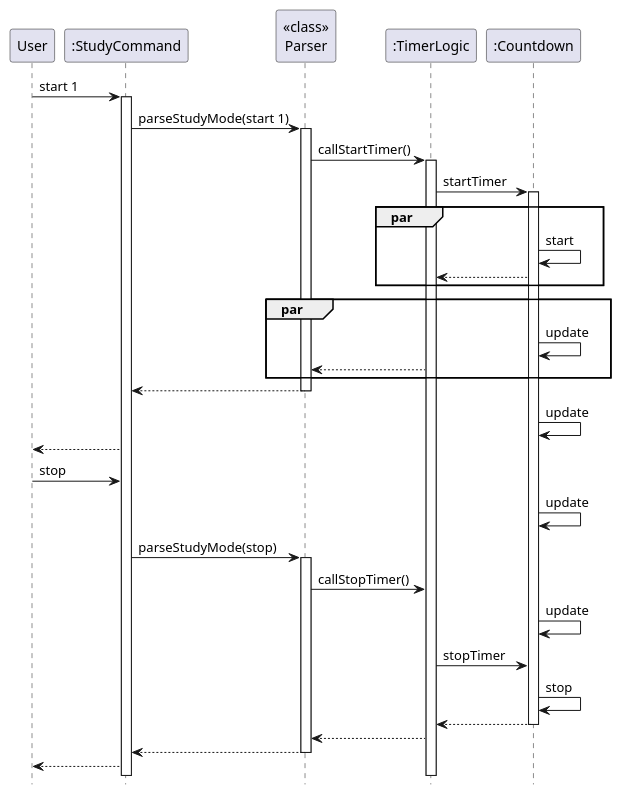
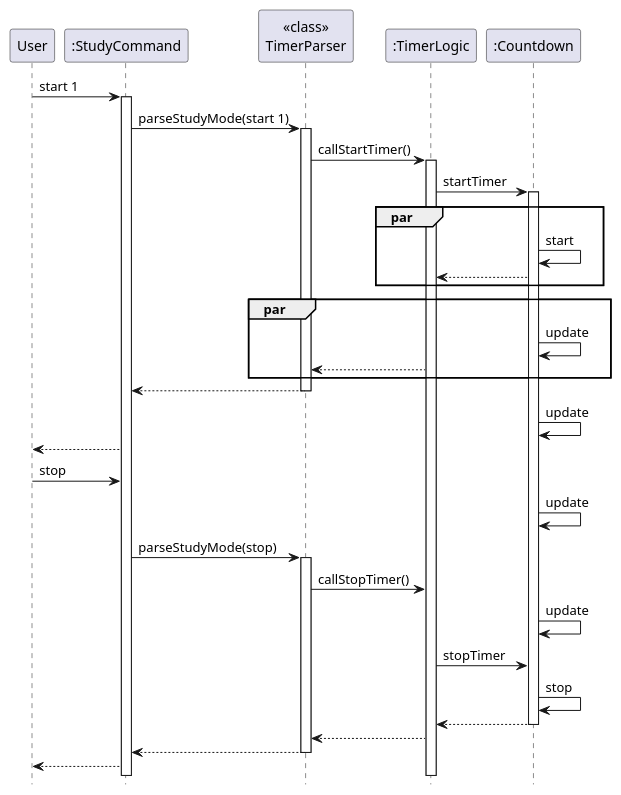
Before and after one commit to nus-cs2113-AY2122S2/tp: the diagram in docs/puml/TimerClassSD.puml, drawn with PlantUML. The commit also changed 2 other files, not shown here.

```diff
--- a/docs/puml/TimerClassSD.puml
+++ b/docs/puml/TimerClassSD.puml
@@ -1,57 +1,57 @@
 @startuml
 
 hide footbox
 participant User
 participant StudyCommand as ":StudyCommand"
-participant Parser as "<<class>>\nParser"
+participant Parser as "<<class>>\nTimerParser"
 participant TimerLogic as ":TimerLogic"
 participant Timer as ":Countdown"
 
 User -> StudyCommand: start 1
 activate StudyCommand
 
 StudyCommand -> Parser: parseStudyMode(start 1)
 activate Parser
 
 Parser -> TimerLogic: callStartTimer()
 activate TimerLogic
 
 TimerLogic -> Timer: startTimer
 activate Timer
 
 par
 Timer -> Timer: start
 Timer --> TimerLogic
 end
 
 par
 Timer -> Timer: update
 TimerLogic --> Parser
 end
 
 Parser --> StudyCommand
 deactivate Parser
 
 Timer -> Timer: update
 StudyCommand --> User
 User -> StudyCommand: stop
 Timer -> Timer: update
 
 StudyCommand -> Parser: parseStudyMode(stop)
 activate Parser
 
 Parser -> TimerLogic: callStopTimer()
 Timer -> Timer: update
 TimerLogic -> Timer: stopTimer
 Timer -> Timer: stop
 
 Timer --> TimerLogic
 deactivate Timer
 
 TimerLogic --> Parser
 
 Parser --> StudyCommand
 deactivate Parser
 
 StudyCommand --> User
 @enduml
```
